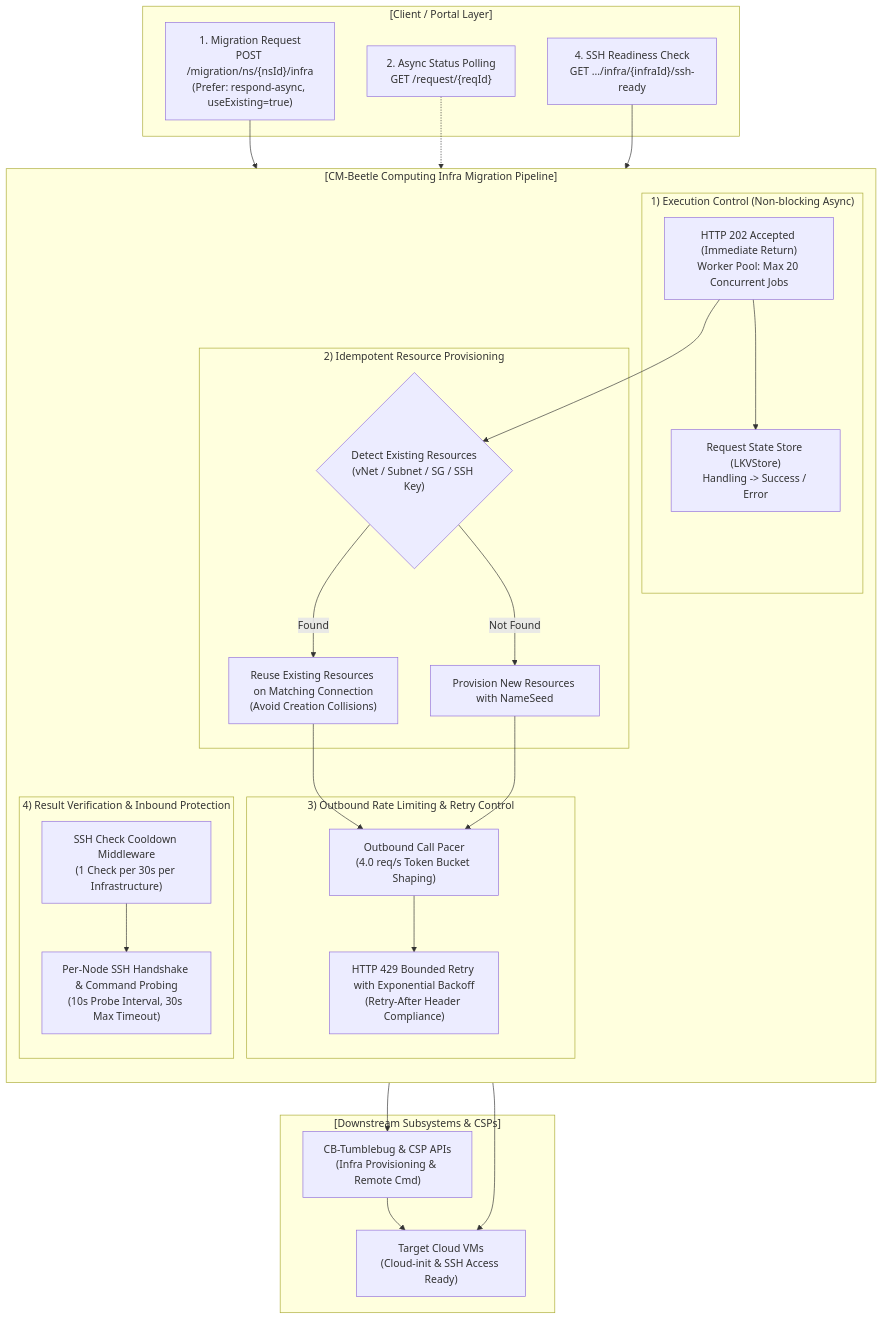
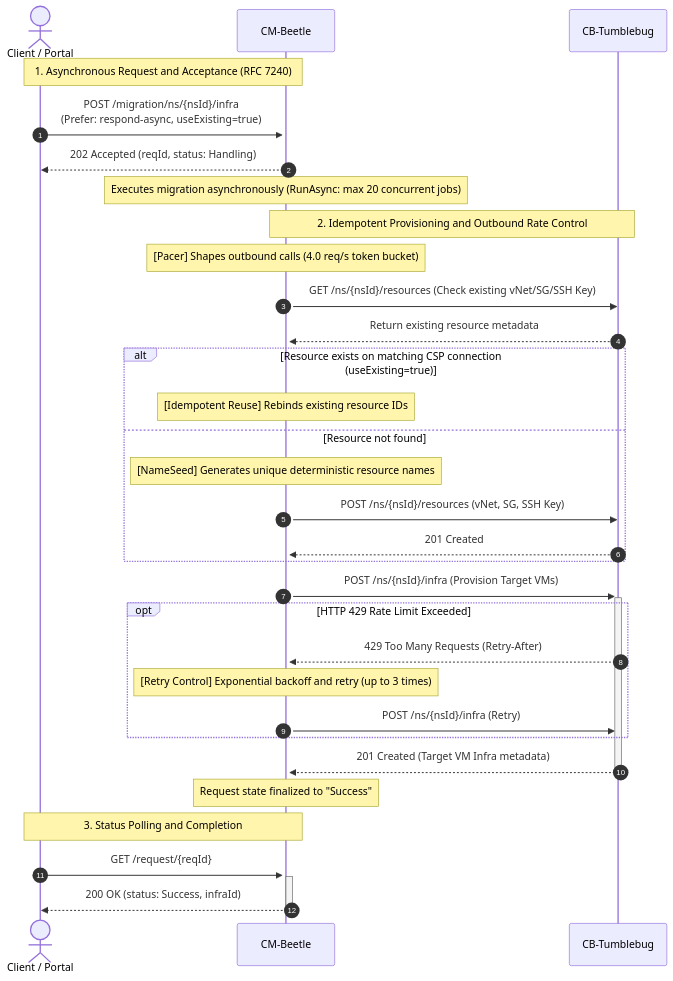
Before and after one commit to cloud-barista/cm-beetle: the first of 2 diagrams in docs/feature-guide/infra-computing.md, drawn with Mermaid. The commit also changed other lines of this file, not shown here.

Commit message:
docs(infra): refine pipeline sequence diagram
- Replace flowchart with subsystem sequence diagram
- Model internal worker and pacer as Beetle notes
- Refine async terminology to RunAsync execution

````diff
--- a/docs/feature-guide/infra-computing.md
+++ b/docs/feature-guide/infra-computing.md
@@ -28,57 +36,41 @@
 ```mermaid
-flowchart TD
-    subgraph ClientLayer["[Client / Portal Layer]"]
-        Req["1. Migration Request\nPOST /migration/ns/{nsId}/infra\n(Prefer: respond-async, useExisting=true)"]
-        Poll["2. Async Status Polling\nGET /request/{reqId}"]
-        VerifyReq["4. SSH Readiness Check\nGET .../infra/{infraId}/ssh-ready"]
+sequenceDiagram
+    autonumber
+    actor Client as Client / Portal
+    participant Beetle as CM-Beetle
+    participant Tumblebug as CB-Tumblebug
+
+    %% Phase 1: Asynchronous Request and Acceptance
+    Note over Client, Beetle: 1. Asynchronous Request and Acceptance (RFC 7240)
+    Client->>+Beetle: POST /migration/ns/{nsId}/infra<br/>(Prefer: respond-async, useExisting=true)
+    Beetle-->>Client: 202 Accepted (reqId, status: Handling)
+    Note over Beetle: Executes migration asynchronously (RunAsync: max 20 concurrent jobs)
+
+    %% Phase 2: Idempotent Execution & Pacing
+    Note over Beetle, Tumblebug: 2. Idempotent Provisioning and Outbound Rate Control
+    Note over Beetle: [Pacer] Shapes outbound calls (4.0 req/s token bucket)
+    Beetle->>Tumblebug: GET /ns/{nsId}/resources (Check existing vNet/SG/SSH Key)
+    Tumblebug-->>Beetle: Return existing resource metadata
+
+    alt Resource exists on matching CSP connection (useExisting=true)
+        Note over Beetle: [Idempotent Reuse] Rebinds existing resource IDs
+    else Resource not found
+        Note over Beetle: [NameSeed] Generates unique deterministic resource names
+        Beetle->>Tumblebug: POST /ns/{nsId}/resources (vNet, SG, SSH Key)
+        Tumblebug-->>Beetle: 201 Created
     end
 
-    subgraph PipelineEngine["[CM-Beetle Computing Infra Migration Pipeline]"]
-        direction TB
-        
-        subgraph ExecControl["1) Execution Control (Non-blocking Async)"]
-            AsyncHandler["HTTP 202 Accepted (Immediate Return)\nWorker Pool: Max 20 Concurrent Jobs"]
-            StatusStore["Request State Store (LKVStore)\nHandling -> Success / Error"]
-        end
+    Beetle->>+Tumblebug: POST /ns/{nsId}/infra (Provision Target VMs)
+    opt HTTP 429 Rate Limit Exceeded
+        Tumblebug-->>Beetle: 429 Too Many Requests (Retry-After)
+        Note over Beetle: [Retry Control] Exponential backoff and retry (up to 3 times)
+        Beetle->>Tumblebug: POST /ns/{nsId}/infra (Retry)
+    end
+    Tumblebug-->>-Beetle: 201 Created (Target VM Infra metadata)
+    Note over Beetle: Request state finalized to "Success"
 
-        subgraph IdempotentEngine["2) Idempotent Resource Provisioning"]
-            DetectExisting{"Detect Existing Resources\n(vNet / Subnet / SG / SSH Key)"}
-            ReuseResource["Reuse Existing Resources on Matching Connection\n(Avoid Creation Collisions)"]
-            CreateNew["Provision New Resources with NameSeed"]
-            DetectExisting -->|Found| ReuseResource
-            DetectExisting -->|Not Found| CreateNew
-        end
-
-        subgraph OutboundPacer["3) Outbound Rate Limiting & Retry Control"]
-            Pacer["Outbound Call Pacer\n(4.0 req/s Token Bucket Shaping)"]
-            RetryLimit["HTTP 429 Bounded Retry with Exponential Backoff\n(Retry-After Header Compliance)"]
-            Pacer --> RetryLimit
-        end
-
-        subgraph ValidationEngine["4) Result Verification & Inbound Protection"]
-            SSHCooldown["SSH Check Cooldown Middleware\n(1 Check per 30s per Infrastructure)"]
-            SSHProbe["Per-Node SSH Handshake & Command Probing\n(10s Probe Interval, 30s Max Timeout)"]
-            SSHCooldown --> SSHProbe
-        end
-    end
-
-    subgraph Downstream["[Downstream Subsystems & CSPs]"]
-        Tumblebug["CB-Tumblebug & CSP APIs\n(Infra Provisioning & Remote Cmd)"]
-        TargetVMs["Target Cloud VMs\n(Cloud-init & SSH Access Ready)"]
-    end
-
-    %% Flow Connections
-    Req --> AsyncHandler
-    AsyncHandler --> StatusStore
-    Poll -.-> StatusStore
-    
-    AsyncHandler --> DetectExisting
-    ReuseResource --> Pacer
-    CreateNew --> Pacer
-    
-    RetryLimit --> Tumblebug
-    Tumblebug --> TargetVMs
-    
-    VerifyReq --> SSHCooldown
-    SSHProbe --> TargetVMs
+    %% Phase 3: Status Polling
+    Note over Client, Beetle: 3. Status Polling and Completion
+    Client->>+Beetle: GET /request/{reqId}
+    Beetle-->>-Client: 200 OK (status: Success, infraId)
 ```
````
